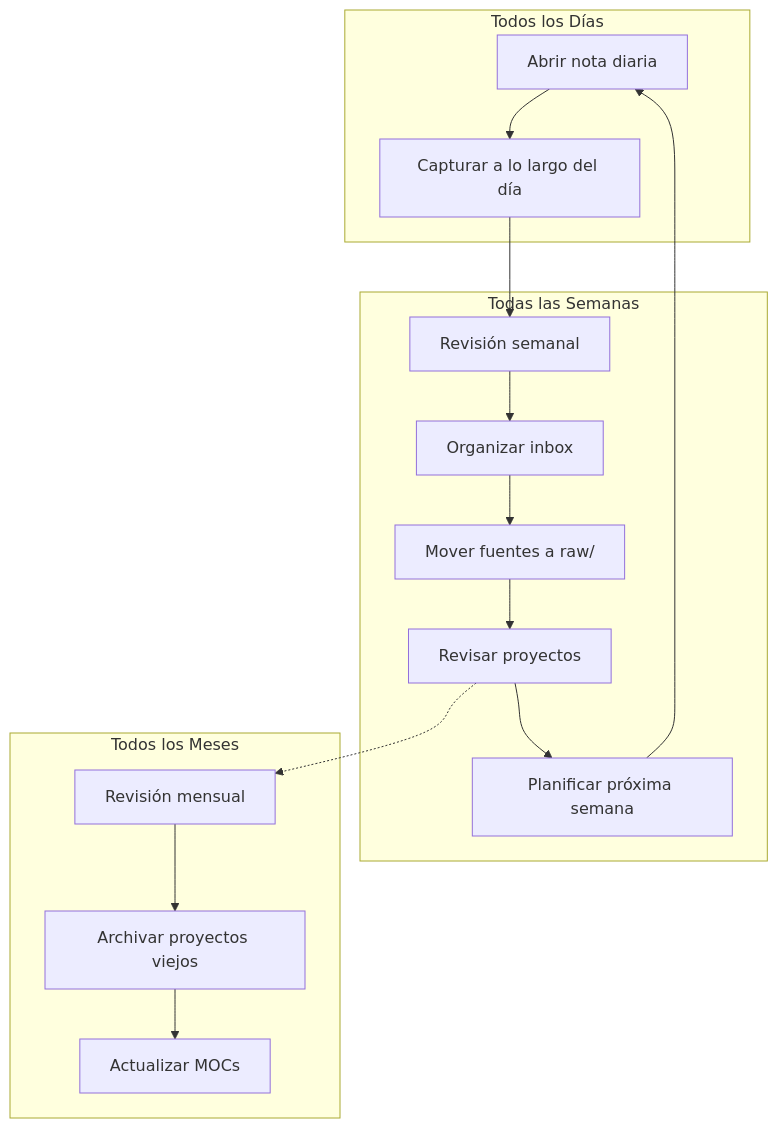
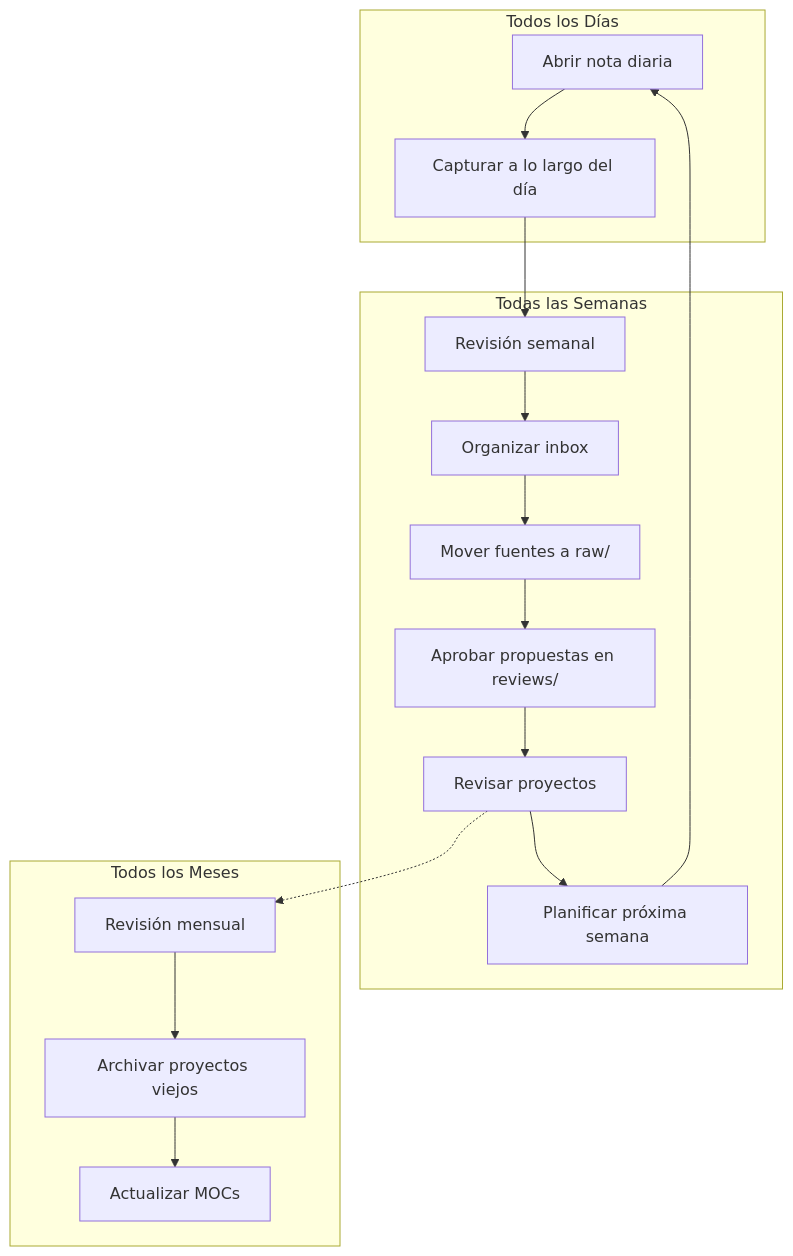
One commit to VanessaPellegrini/second-brain-ecosystem changed the third of 3 diagrams in second-brain/guides/es/06-workflow.md. Above: the diagram before and after it, drawn with Mermaid. The commit also changed other lines of this file and 8 other files, not shown here.

````diff
--- a/second-brain/guides/es/06-workflow.md
+++ b/second-brain/guides/es/06-workflow.md
@@ -128,25 +132,26 @@
 ```mermaid
 flowchart TD
     subgraph Daily[Todos los Días]
         DN[Abrir nota diaria]
         CAP[Capturar a lo largo del día]
     end
     subgraph Weekly[Todas las Semanas]
         WR[Revisión semanal]
         ORG[Organizar inbox]
         RAW[Mover fuentes a raw/]
+        REVLIB[Aprobar propuestas en reviews/]
         REV[Revisar proyectos]
         PLAN[Planificar próxima semana]
     end
     subgraph Monthly[Todos los Meses]
         MR[Revisión mensual]
         ARCH[Archivar proyectos viejos]
         MOC[Actualizar MOCs]
     end
     DN --> CAP
     CAP --> WR
-    WR --> ORG --> RAW --> REV --> PLAN
+    WR --> ORG --> RAW --> REVLIB --> REV --> PLAN
     PLAN --> DN
     REV -.-> MR
     MR --> ARCH --> MOC
 ```
````
